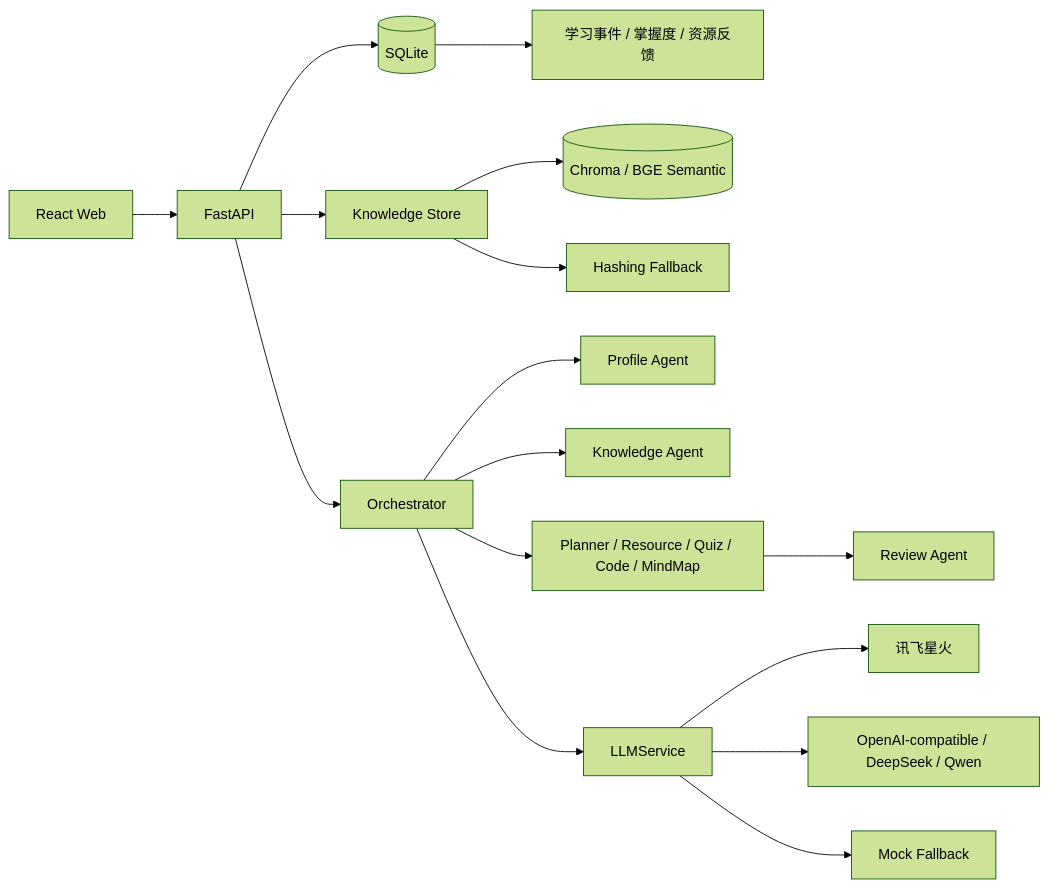
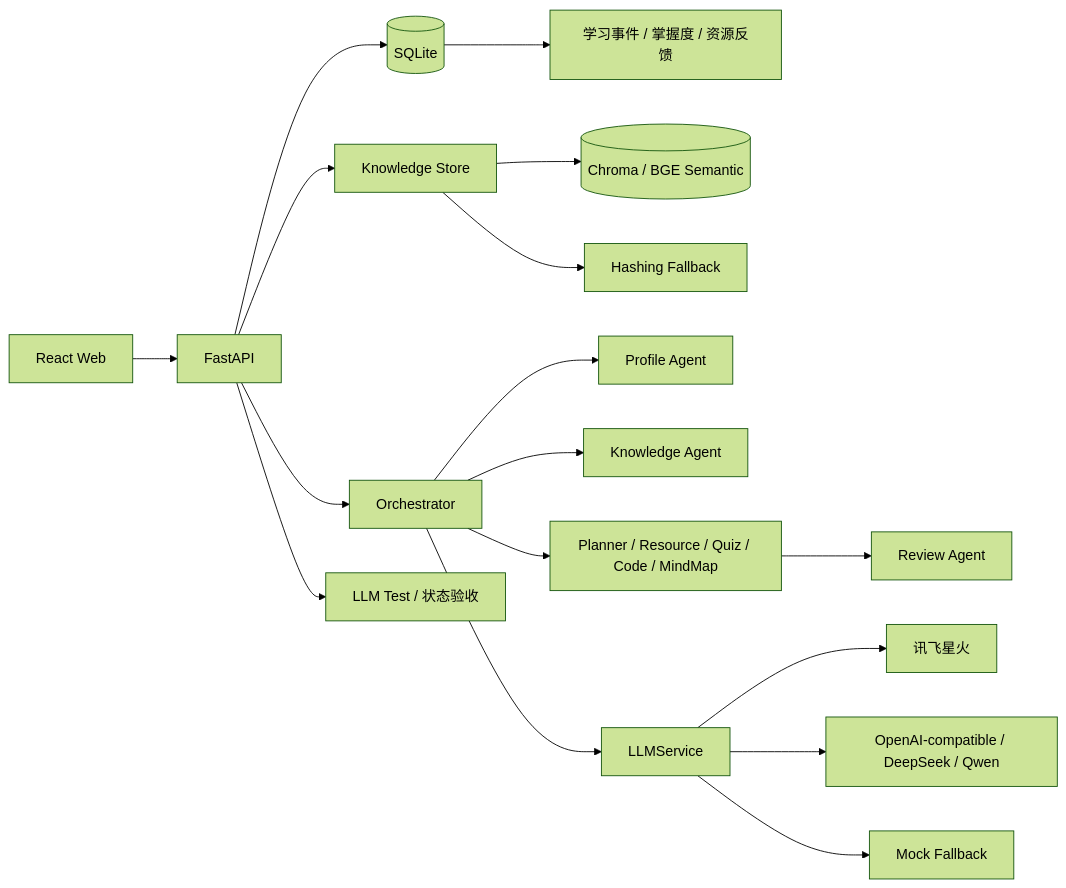
One commit to muyou2/ruanjianbei changed the diagram in docs/ARCHITECTURE.md. Above: the diagram before and after it, drawn with Mermaid (forest theme). The commit also changed other lines of this file and 25 other files, not shown here.

````diff
--- a/docs/ARCHITECTURE.md
+++ b/docs/ARCHITECTURE.md
@@ -3,18 +3,19 @@
 ```mermaid
 flowchart LR
   UI[React Web] --> API[FastAPI]
   API --> DB[(SQLite)]
   DB --> EVT[学习事件 / 掌握度 / 资源反馈]
   API --> KB[Knowledge Store]
   KB --> CH[(Chroma / BGE Semantic)]
   KB --> HASH[Hashing Fallback]
   API --> ORCH[Orchestrator]
   ORCH --> P[Profile Agent]
   ORCH --> K[Knowledge Agent]
   ORCH --> G[Planner / Resource / Quiz / Code / MindMap]
   G --> R[Review Agent]
   ORCH --> LLM[LLMService]
   LLM --> S[讯飞星火]
   LLM --> O[OpenAI-compatible / DeepSeek / Qwen]
   LLM --> M[Mock Fallback]
+  API --> TEST[LLM Test / 状态验收]
 ```
````
